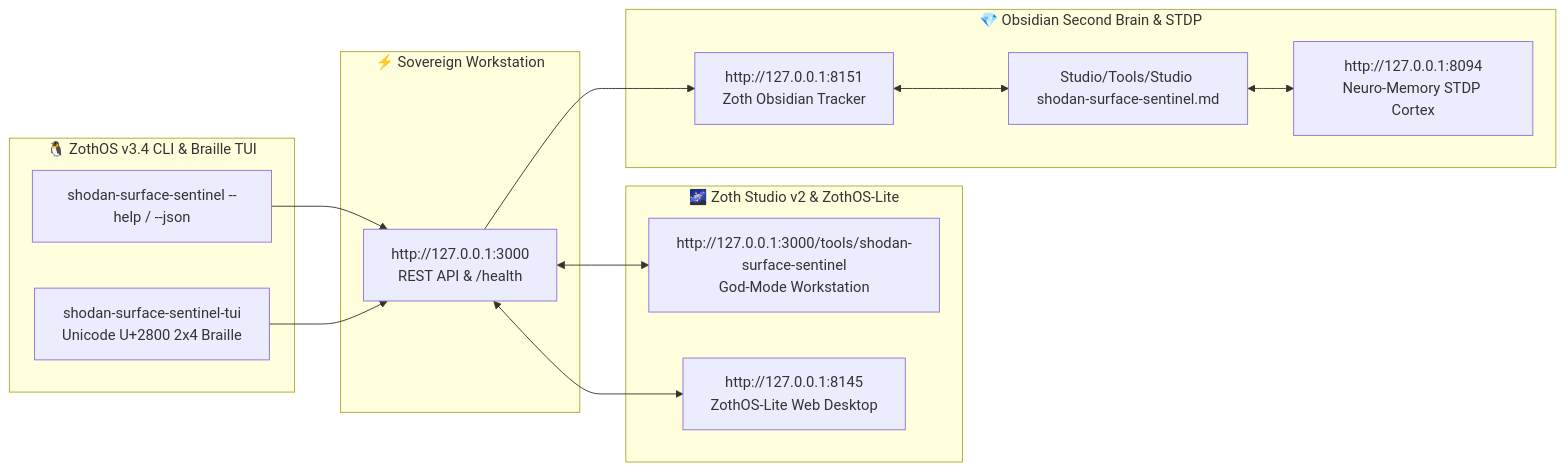
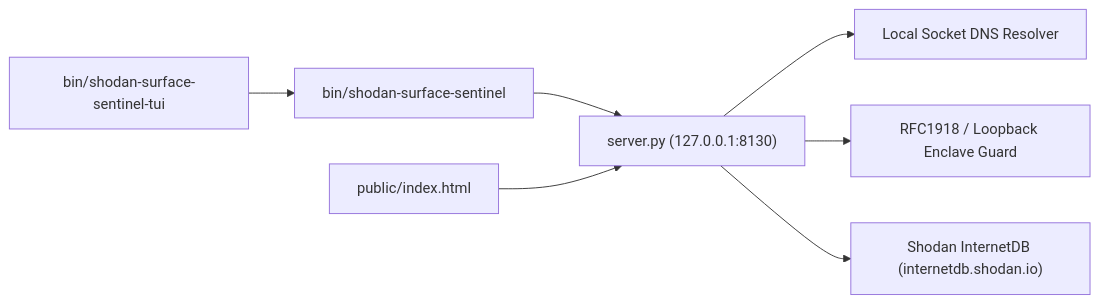
The diagram in README.md (1nc0gn30/shodan-surface-sentinel), drawn with Mermaid before and after one commit. The commit also changed other lines of this file and 6 other files, not shown here.

Commit message:
docs: upgrade Shodan Surface Sentinel documentation, portable CLI, and hygiene

````diff
--- a/README.md
+++ b/README.md
@@ -87,30 +25,9 @@
 ```mermaid
 flowchart LR
-    subgraph ZothOS["🐧 ZothOS v3.4 CLI & Braille TUI"]
-        CLI["shodan-surface-sentinel --help / --json"]
-        TUI["shodan-surface-sentinel-tui<br/>Unicode U+2800 2x4 Braille"]
-    end
-
-    subgraph Workstation["⚡ Sovereign Workstation"]
-        WEB["http://127.0.0.1:3000<br/>REST API & /health"]
-    end
-
-    subgraph Studio["🌌 Zoth Studio v2 & ZothOS-Lite"]
-        GODMODE["http://127.0.0.1:3000/tools/shodan-surface-sentinel<br/>God-Mode Workstation"]
-        LITE["http://127.0.0.1:8145<br/>ZothOS-Lite Web Desktop"]
-    end
-
-    subgraph SecondBrain["💎 Obsidian Second Brain & STDP"]
-        TRACKER["http://127.0.0.1:8151<br/>Zoth Obsidian Tracker"]
-        NEURO["http://127.0.0.1:8094<br/>Neuro-Memory STDP Cortex"]
-        NOTE["Studio/Tools/Studio shodan-surface-sentinel.md"]
-    end
-
-    CLI --> WEB
-    TUI --> WEB
-    WEB <--> GODMODE
-    WEB <--> LITE
-    WEB --> TRACKER
-    TRACKER <--> NOTE
-    NOTE <--> NEURO
+    CLI["bin/shodan-surface-sentinel"] --> API["server.py (127.0.0.1:8130)"]
+    TUI["bin/shodan-surface-sentinel-tui"] --> CLI
+    UI["public/index.html"] --> API
+    API --> DNS["Local Socket DNS Resolver"]
+    API --> ENCLAVE["RFC1918 / Loopback Enclave Guard"]
+    API --> IDB["Shodan InternetDB (internetdb.shodan.io)"]
 ```
````
